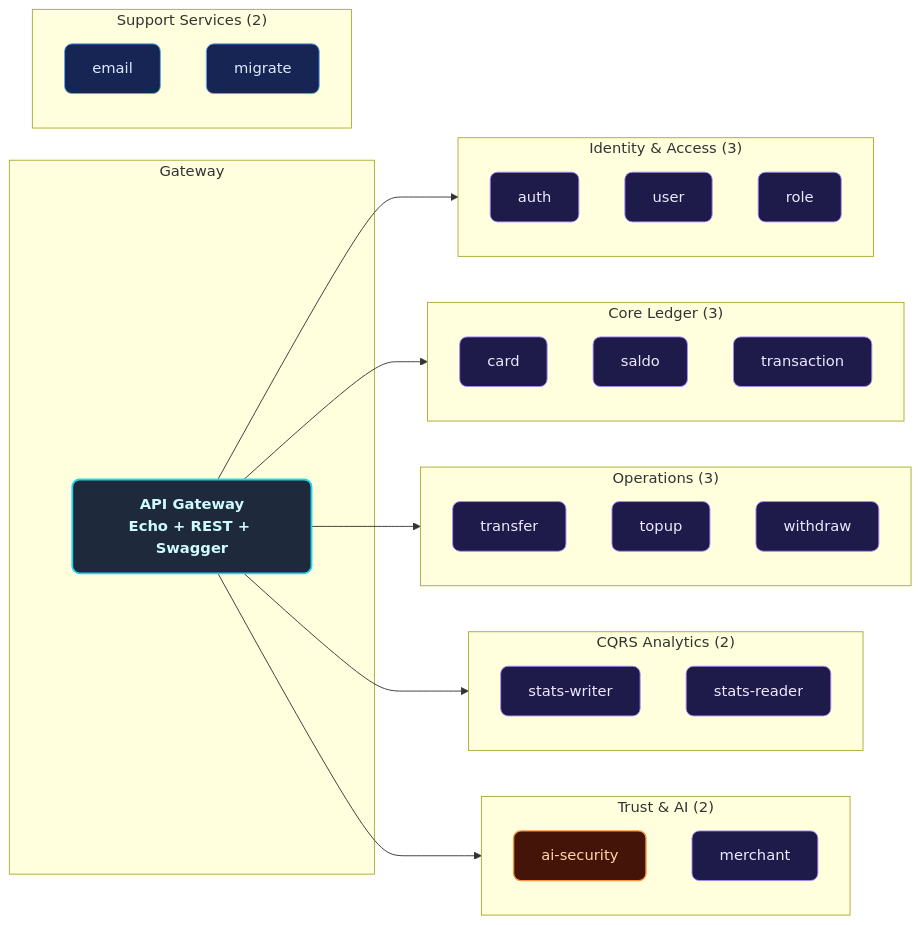
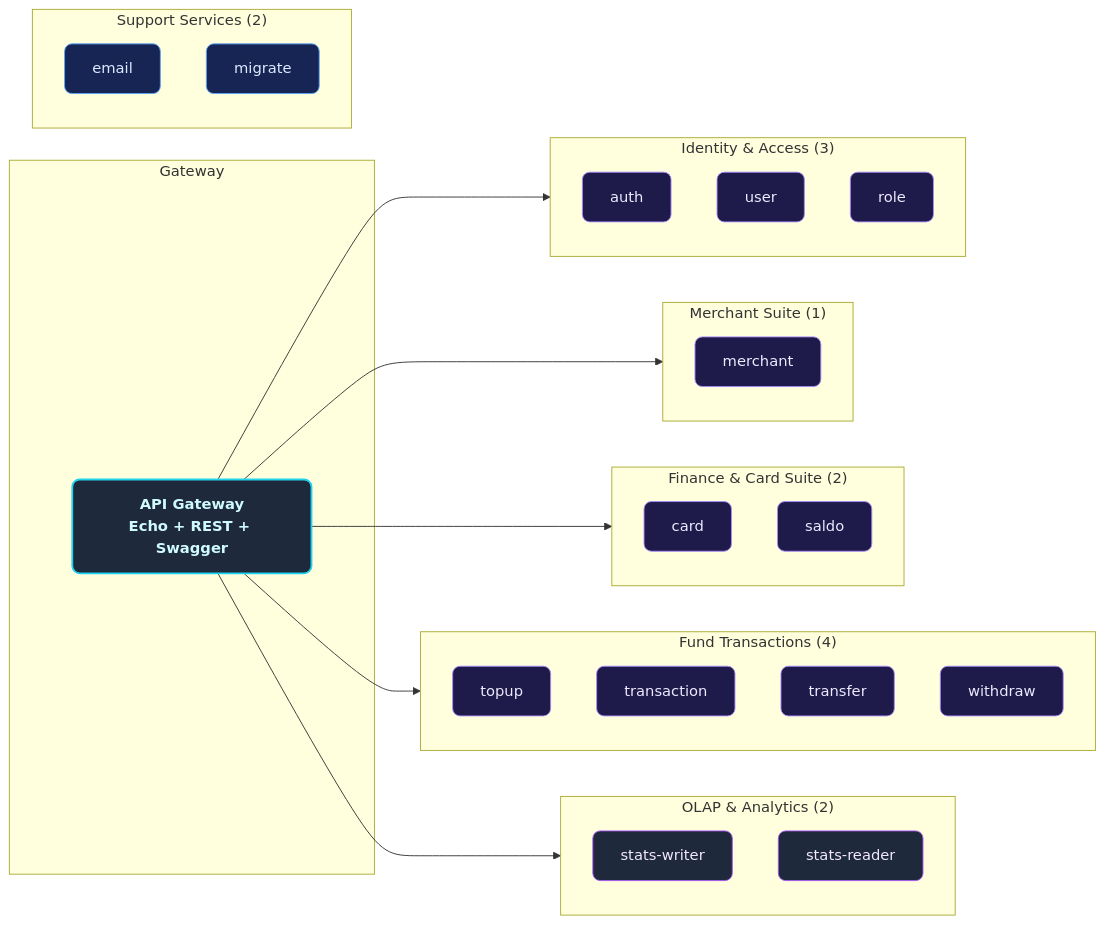
One commit to renaldyhidayatt/renaldyhidayatt.github.io changed the second of 8 diagrams in src/content/portfolio/microservice-payment-gateway.mdx. Above: the diagram before and after it, drawn with Mermaid. The commit also changed other lines of this file and 19 other files, not shown here.

Commit message:
refactor: overhaul project documentation with detailed architectural summaries and expanded domain-driven service specifications

````diff
--- a/src/content/portfolio/microservice-payment-gateway.mdx
+++ b/src/content/portfolio/microservice-payment-gateway.mdx
@@ -162,50 +178,49 @@
 ```mermaid
 graph LR
     classDef svc fill:#1e1b4b,stroke:#a78bfa,color:#ede9fe,stroke-width:1px,rx:8
     classDef gw fill:#1e293b,stroke:#22d3ee,color:#cffafe,stroke-width:2px,rx:8,font-weight:bold
     classDef support fill:#172554,stroke:#60a5fa,color:#dbeafe,stroke-width:1px,rx:8
-    classDef security fill:#431407,stroke:#fb923c,color:#fed7aa,stroke-width:1.5px,rx:8
+    classDef olap fill:#1e293b,stroke:#a855f7,color:#f3e8ff,stroke-width:1px,rx:8
 
     subgraph Gateway
         API["API Gateway<br/>Echo + REST + Swagger"]:::gw
     end
 
     subgraph Identity["Identity & Access (3)"]
         A1["auth"]:::svc
         A2["user"]:::svc
         A3["role"]:::svc
     end
 
-    subgraph Financials["Core Ledger (3)"]
+    subgraph Merchant["Merchant Suite (1)"]
+        M1["merchant"]:::svc
+    end
+
+    subgraph Finance["Finance & Card Suite (2)"]
         F1["card"]:::svc
         F2["saldo"]:::svc
-        F3["transaction"]:::svc
     end
 
-    subgraph Ops["Operations (3)"]
-        O1["transfer"]:::svc
-        O2["topup"]:::svc
-        O3["withdraw"]:::svc
+    subgraph Movements["Fund Transactions (4)"]
+        T1["topup"]:::svc
+        T2["transaction"]:::svc
+        T3["transfer"]:::svc
+        T4["withdraw"]:::svc
     end
 
-    subgraph Analytics["CQRS Analytics (2)"]
-        AN1["stats-writer"]:::svc
-        AN2["stats-reader"]:::svc
-    end
-
-    subgraph Security["Trust & AI (2)"]
-        S1["ai-security"]:::security
-        S2["merchant"]:::svc
+    subgraph OLAP["OLAP & Analytics (2)"]
+        O1["stats-writer"]:::olap
+        O2["stats-reader"]:::olap
     end
 
     subgraph Support["Support Services (2)"]
-        SP1["email"]:::support
-        SP2["migrate"]:::support
+        S1["email"]:::support
+        S2["migrate"]:::support
     end
 
     API --> Identity
-    API --> Financials
-    API --> Ops
-    API --> Analytics
-    API --> Security
+    API --> Merchant
+    API --> Finance
+    API --> Movements
+    API --> OLAP
 ```
````
